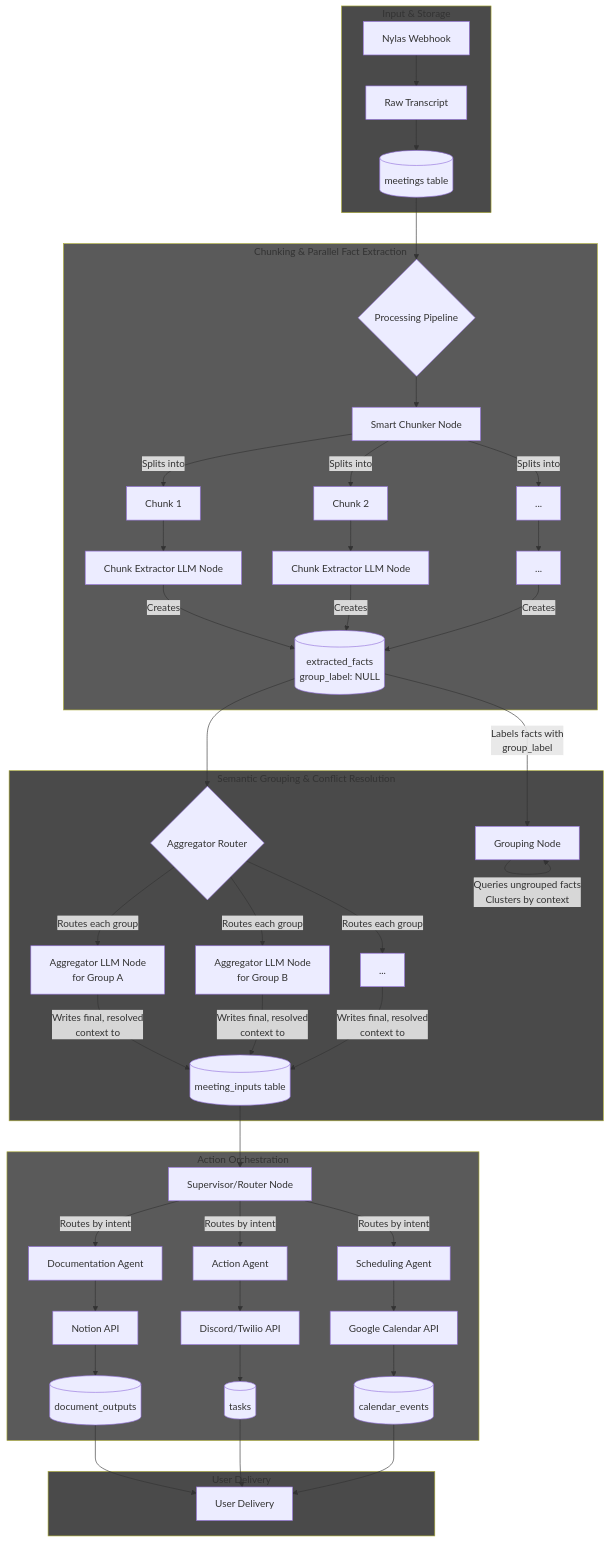
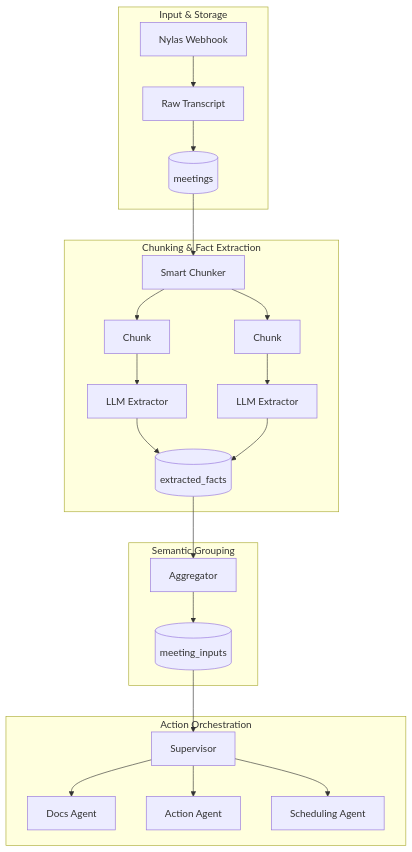
The diagram in README.md (glorynino/SmartMeetOS), drawn with Mermaid before and after one commit. The commit also changed other lines of this file, not shown here.

````diff
--- a/README.md
+++ b/README.md
@@ -175,90 +197,31 @@
 ```mermaid
 graph TB
-    subgraph Input["Input & Storage"]
+    subgraph Input[Input & Storage]
         A[Nylas Webhook]
         B[Raw Transcript]
-        C[(meetings table)]
-        A --> B
-        B --> C
+        C[(meetings)]
+        A --> B --> C
     end
 
-    subgraph Processing["Chunking & Parallel Fact Extraction"]
-        D{Processing Pipeline}
-        E[Smart Chunker Node]
-        F[Chunk 1]
-        G[Chunk 2]
-        H[...]
-        I[Chunk Extractor LLM Node]
-        J[Chunk Extractor LLM Node]
-        K[...]
-        L[(extracted_facts<br/>group_label: NULL)]
-
-        C --> D
-        D --> E
-        E -->|Splits into| F
-        E -->|Splits into| G
-        E -->|Splits into| H
-        F --> I
-        G --> J
-        H --> K
-        I -->|Creates| L
-        J -->|Creates| L
-        K -->|Creates| L
+    subgraph Processing[Chunking & Fact Extraction]
+        C --> D[Smart Chunker]
+        D --> E1[Chunk]
+        D --> E2[Chunk]
+        E1 --> F1[LLM Extractor]
+        E2 --> F2[LLM Extractor]
+        F1 --> G[(extracted_facts)]
+        F2 --> G
     end
 
-    subgraph Semantic["Semantic Grouping & Conflict Resolution"]
-        M{Aggregator Router}
-        N[Grouping Node]
-        O[Aggregator LLM Node<br/>for Group A]
-        P[Aggregator LLM Node<br/>for Group B]
-        Q[...]
-        R[(meeting_inputs table)]
-
-        L --> M
-        L -->|Labels facts with<br/>group_label| N
-        M -->|Routes each group| O
-        M -->|Routes each group| P
-        M -->|Routes each group| Q
-        N -->|Queries ungrouped facts<br/>Clusters by context| N
-        O -->|Writes final, resolved<br/>context to| R
-        P -->|Writes final, resolved<br/>context to| R
-        Q -->|Writes final, resolved<br/>context to| R
+    subgraph Semantic[Semantic Grouping]
+        G --> H[Aggregator]
+        H --> I[(meeting_inputs)]
     end
 
-    subgraph Action["Action Orchestration"]
-        S[Supervisor/Router Node]
-        T[Documentation Agent]
-        U[Action Agent]
-        V[Scheduling Agent]
-        W[Notion API]
-        X[Discord/Twilio API]
-        Y[Google Calendar API]
-        Z[(document_outputs)]
-        AA[(tasks)]
-        AB[(calendar_events)]
-
-        R --> S
-        S -->|Routes by intent| T
-        S -->|Routes by intent| U
-        S -->|Routes by intent| V
-        T --> W
-        U --> X
-        V --> Y
-        W --> Z
-        X --> AA
-        Y --> AB
+    subgraph Actions[Action Orchestration]
+        I --> J[Supervisor]
+        J --> K[Docs Agent]
+        J --> L[Action Agent]
+        J --> M[Scheduling Agent]
     end
-
-    subgraph Delivery["User Delivery"]
-        AC[User Delivery]
-        Z --> AC
-        AA --> AC
-        AB --> AC
-    end
-
-    style Input fill:#4a4a4a
-    style Processing fill:#5a5a5a
-    style Semantic fill:#4a4a4a
-    style Action fill:#5a5a5a
-    style Delivery fill:#4a4a4a
 ```
````
